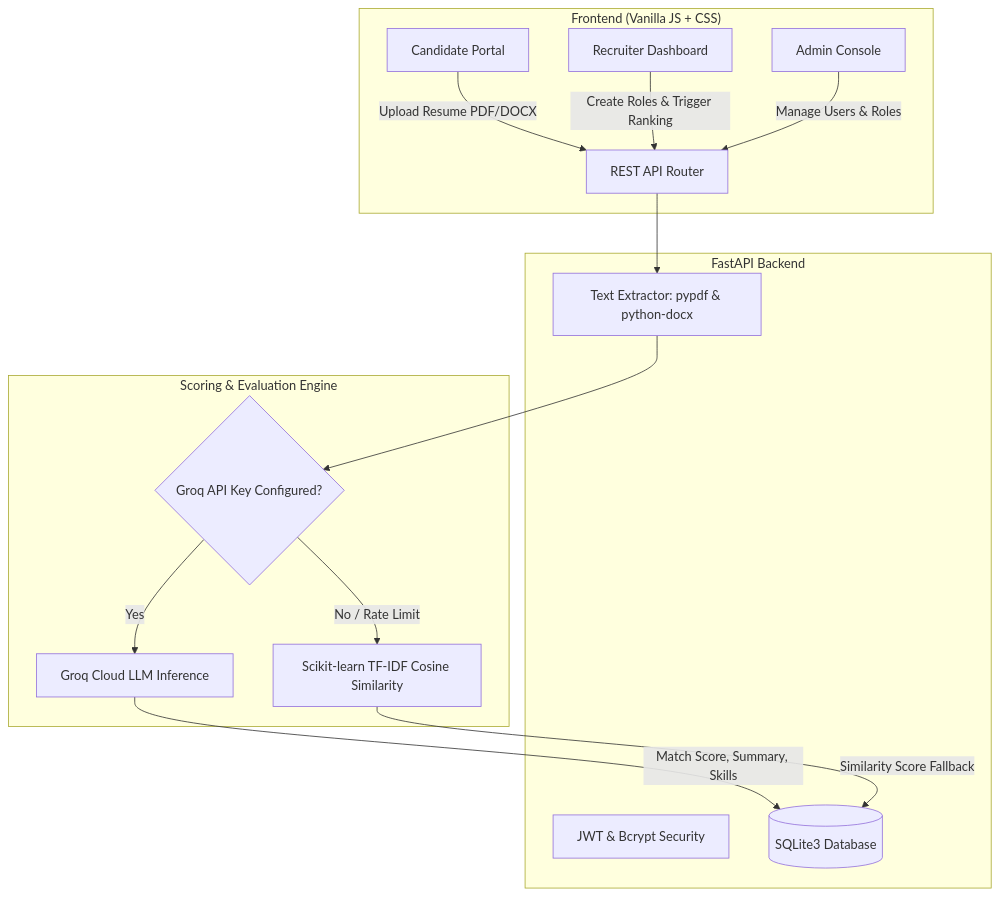
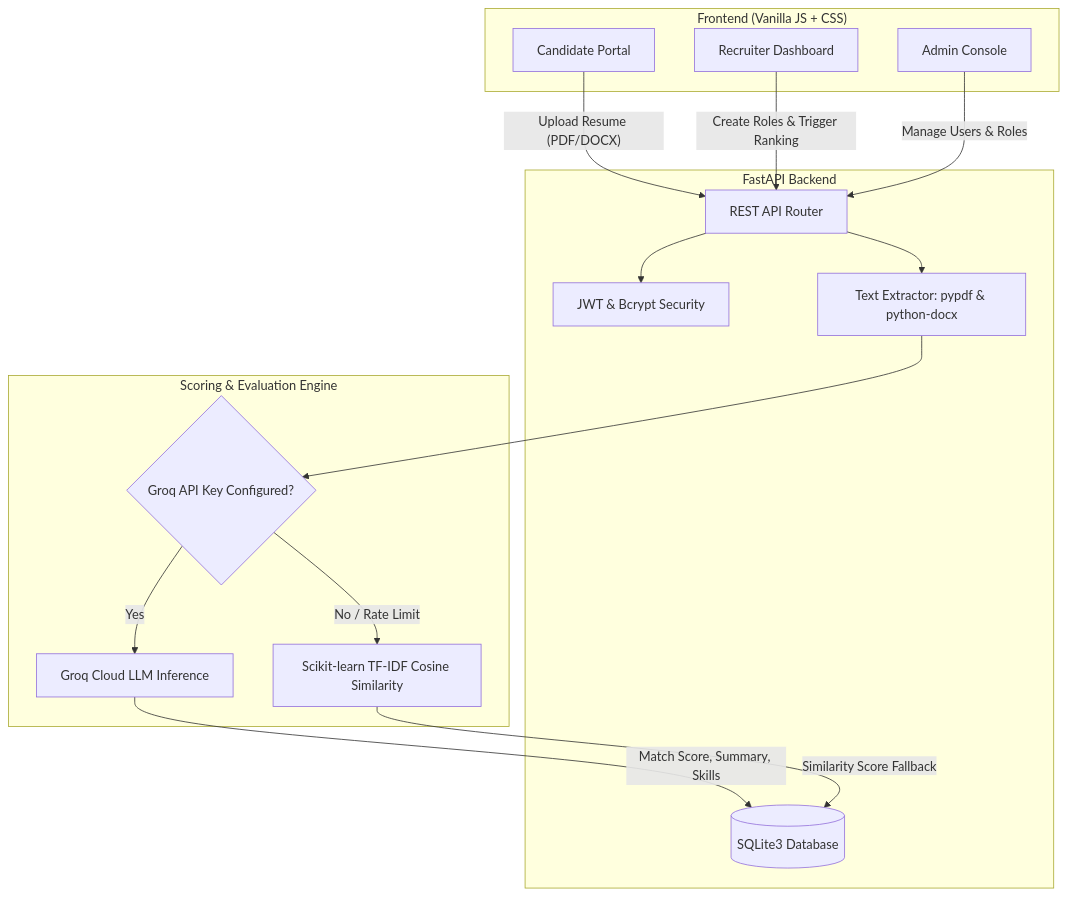
The diagram in README.md (Rednarock016/ShortList), drawn with Mermaid before and after one commit.

Commit message:
Improve Mermaid flowchart syntax in README.md

````diff
--- a/README.md
+++ b/README.md
@@ -28,24 +28,39 @@
 ```mermaid
 flowchart TD
     subgraph Frontend["Frontend (Vanilla JS + CSS)"]
-        A[Candidate Portal] -->|Upload Resume PDF/DOCX| API
-        B[Recruiter Dashboard] -->|Create Roles & Trigger Ranking| API
-        C[Admin Console] -->|Manage Users & Roles| API
+        A["Candidate Portal"]
+        B["Recruiter Dashboard"]
+        C["Admin Console"]
     end
 
     subgraph Backend["FastAPI Backend"]
-        API[REST API Router]
-        AUTH[JWT & Bcrypt Security]
-        PARSE[Text Extractor: pypdf & python-docx]
-        DB[(SQLite3 Database)]
+        API["REST API Router"]
+        AUTH["JWT & Bcrypt Security"]
+        PARSE["Text Extractor: pypdf & python-docx"]
+        DB[("SQLite3 Database")]
     end
 
     subgraph ScoringEngine["Scoring & Evaluation Engine"]
-        API --> PARSE
-        PARSE --> GROQ{Groq API Key Configured?}
-        GROQ -->|Yes| LLM[Groq Cloud LLM Inference]
-        GROQ -->|No / Rate Limit| TFIDF[Scikit-learn TF-IDF Cosine Similarity]
-        LLM -->|Match Score, Summary, Skills| DB
-        TFIDF -->|Similarity Score Fallback| DB
+        GROQ{"Groq API Key Configured?"}
+        LLM["Groq Cloud LLM Inference"]
+        TFIDF["Scikit-learn TF-IDF Cosine Similarity"]
     end
+
+    %% Client Interactions
+    A -->|"Upload Resume (PDF/DOCX)"| API
+    B -->|"Create Roles & Trigger Ranking"| API
+    C -->|"Manage Users & Roles"| API
+
+    %% Backend Processing
+    API --> AUTH
+    API --> PARSE
+
+    %% Scoring Logic
+    PARSE --> GROQ
+    GROQ -->|"Yes"| LLM
+    GROQ -->|"No / Rate Limit"| TFIDF
+
+    %% Database Persistence
+    LLM -->|"Match Score, Summary, Skills"| DB
+    TFIDF -->|"Similarity Score Fallback"| DB
 ```
````
